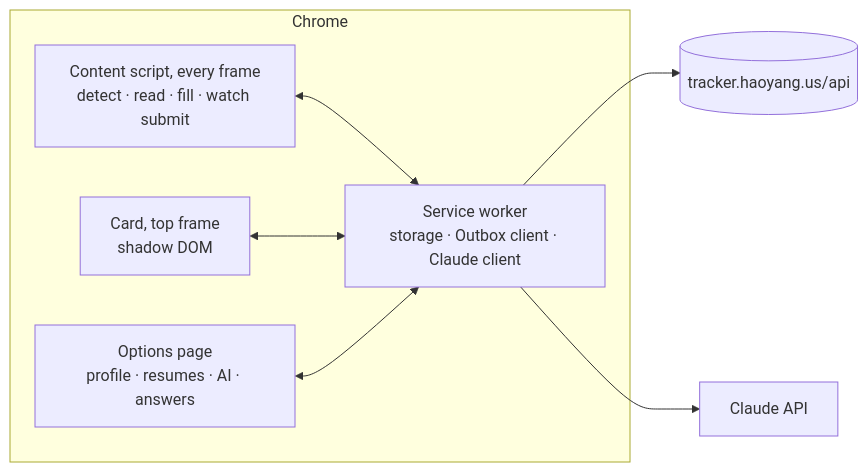
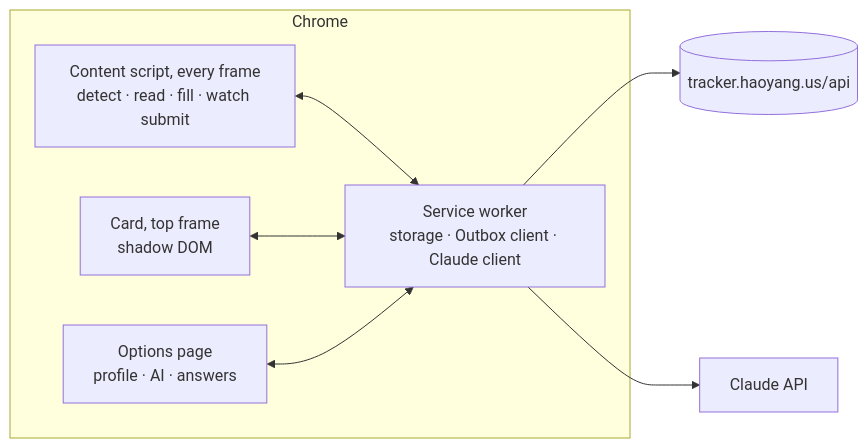
Before and after one commit to heyemlee/work-tracker: the diagram in docs/autofill.md, drawn with Mermaid. The commit also changed other lines of this file and 34 other files, not shown here.

````diff
--- a/docs/autofill.md
+++ b/docs/autofill.md
@@ -35,16 +35,16 @@
 ```mermaid
 flowchart LR
   subgraph chrome["Chrome"]
     cs["Content script, every frame<br/>detect · read · fill · watch submit"]
     card["Card, top frame<br/>shadow DOM"]
     bg["Service worker<br/>storage · Outbox client · Claude client"]
-    opts["Options page<br/>profile · resumes · AI · answers"]
+    opts["Options page<br/>profile · AI · answers"]
   end
   outbox[("tracker.haoyang.us/api")]
   claude["Claude API"]
   cs <--> bg
   card <--> bg
   opts <--> bg
   bg --> outbox
   bg --> claude
 ```
````
